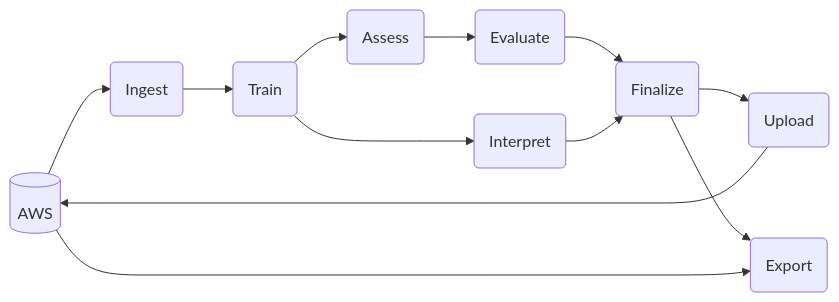
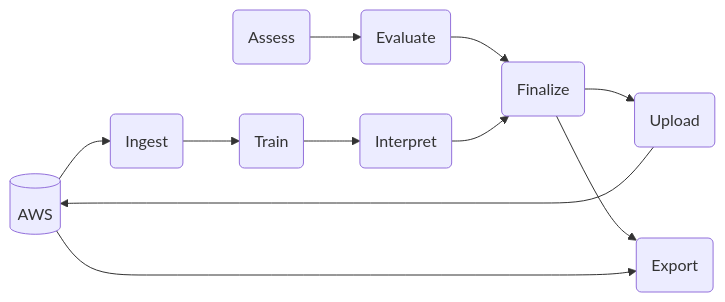
The diagram in README.Rmd (ccao-data/model-res-avm), drawn with Mermaid before and after one commit. The commit also changed other lines of this file and 1 other file, not shown here.

````diff
--- a/README.Rmd
+++ b/README.Rmd
@@ -54,24 +54,23 @@
 ```mermaid
 graph LR
     aws[("AWS")]
     ingest("Ingest")
     train("Train")
     assess("Assess")
     evaluate("Evaluate")
     interpret("Interpret")
     finalize("Finalize")
     upload("Upload")
     export("Export")
 
     ingest --> train
-    train --> assess
     train --> interpret
     assess --> evaluate
     evaluate --> finalize
     interpret --> finalize
     finalize --> upload
     finalize --> export
     upload --> aws
     aws --> ingest
     aws --> export
 ```
````
